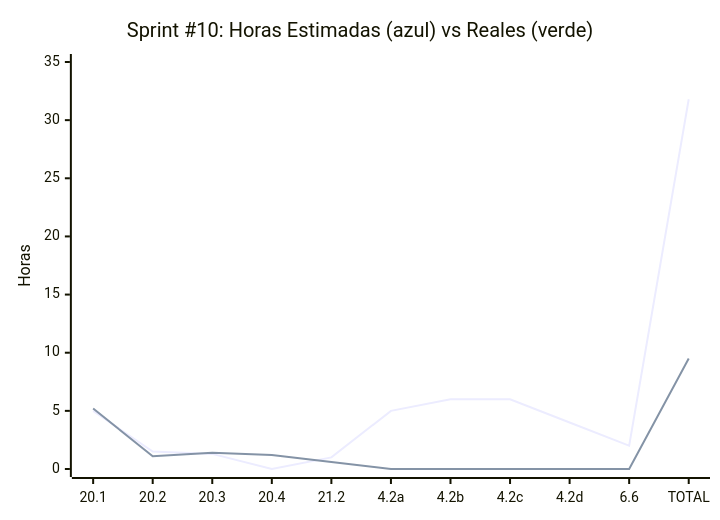
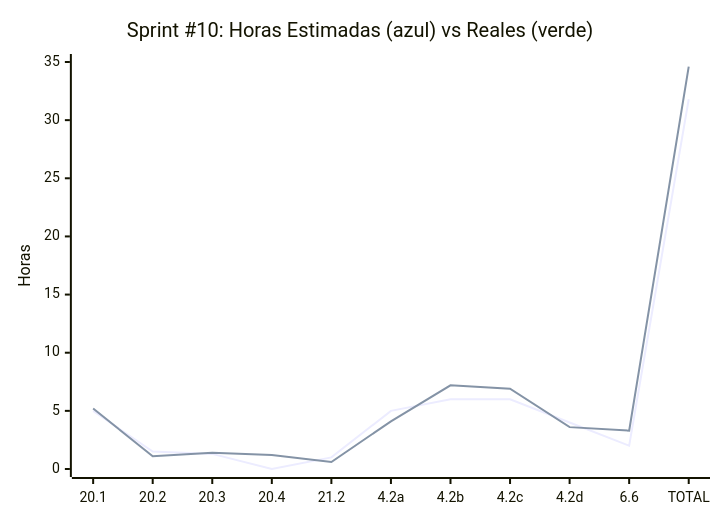
The tenth of 10 diagrams in docs/SprintsPlanning.md (MarkMed/FleetMan), drawn with Mermaid before and after one commit. The commit also changed other lines of this file, not shown here.

````diff
--- a/docs/SprintsPlanning.md
+++ b/docs/SprintsPlanning.md
@@ -481,8 +480,8 @@
 ```mermaid
 xychart-beta
     title "Sprint #10: Horas Estimadas (azul) vs Reales (verde)"
     x-axis ["20.1", "20.2", "20.3", "20.4", "21.2", "4.2a", "4.2b", "4.2c", "4.2d", "6.6", "TOTAL"]
     y-axis "Horas" 0 --> 35
     line [5, 1.5, 1.3, 0, 1, 5, 6, 6, 4, 2, 31.8]
-    line [5.2, 1.1, 1.4, 1.2, 0.6, 0, 0, 0, 0, 0, 9.5]
+    line [5.2, 1.1, 1.4, 1.2, 0.6, 4.1, 7.2, 6.9, 3.6, 3.3, 34.6]
 ```
````
